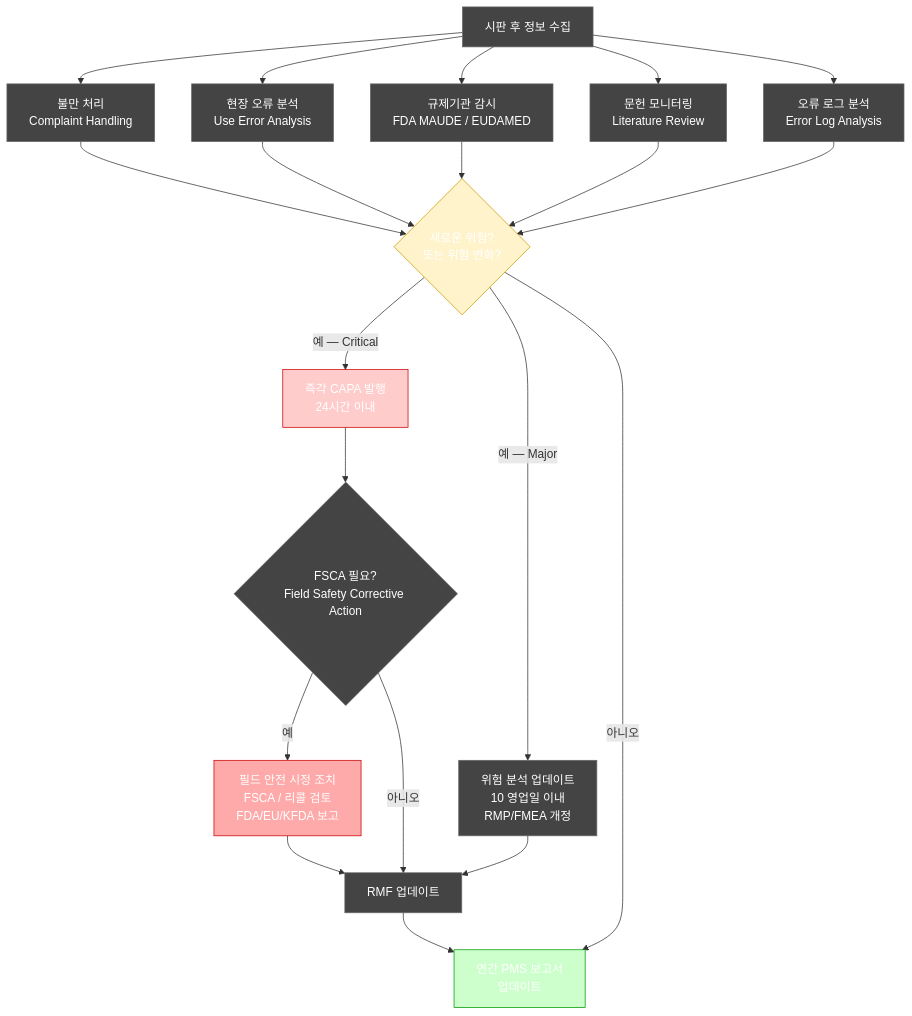
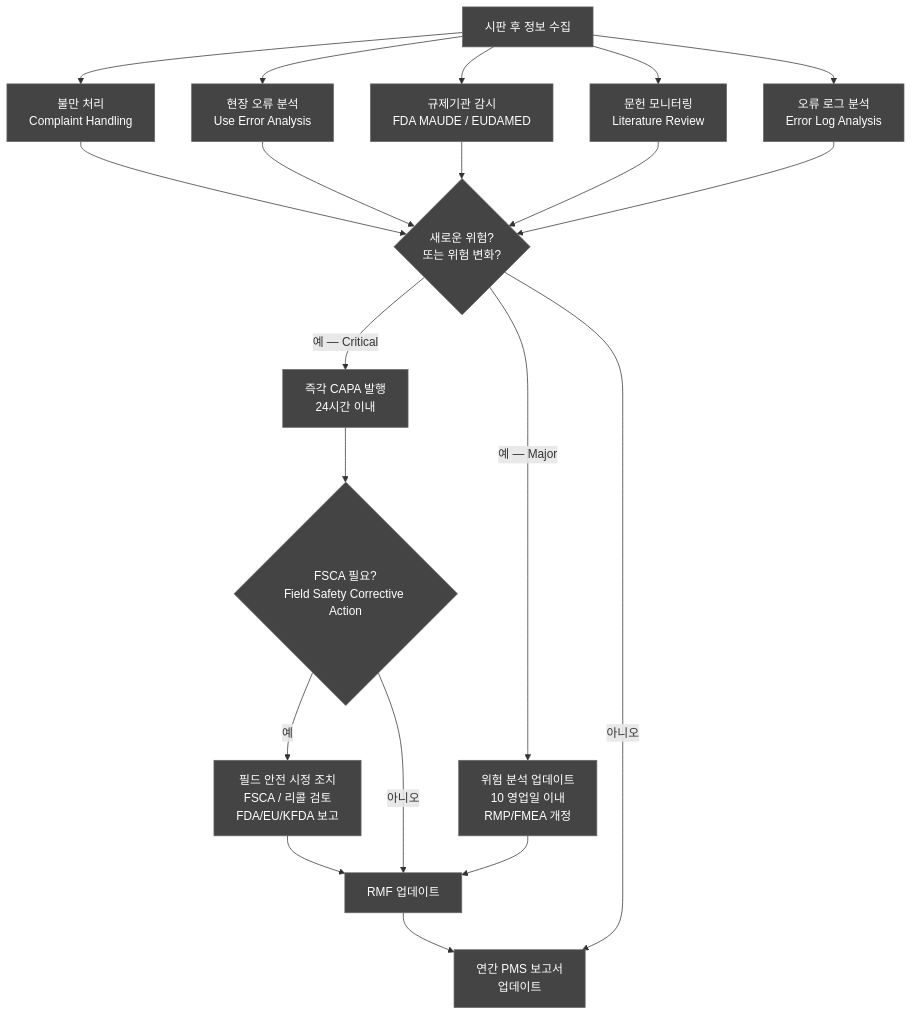
One commit to holee9/console-gui changed the eighth of 9 diagrams in docs/risk/DOC-010_RMR_v1.0.md. Above: the diagram before and after it, drawn with Mermaid. The commit also changed other lines of this file and 35 other files, not shown here.

First line of the commit message:
fix: 전체 Mermaid 차트 색상 진한 회색 통일

````diff
--- a/docs/risk/DOC-010_RMR_v1.0.md
+++ b/docs/risk/DOC-010_RMR_v1.0.md
@@ -519,32 +519,32 @@
 ```mermaid
 flowchart TD
     classDef default fill:#444,stroke:#666,color:#fff
     A[시판 후 정보 수집] --> B[불만 처리\nComplaint Handling]
     A --> C[현장 오류 분석\nUse Error Analysis]
     A --> D[규제기관 감시\nFDA MAUDE / EUDAMED]
     A --> E[문헌 모니터링\nLiterature Review]
     A --> F[오류 로그 분석\nError Log Analysis]
 
     B --> G{새로운 위험?\n또는 위험 변화?}
     C --> G
     D --> G
     E --> G
     F --> G
 
     G -->|예 — Critical| H[즉각 CAPA 발행\n24시간 이내]
     G -->|예 — Major| I[위험 분석 업데이트\n10 영업일 이내\nRMP/FMEA 개정]
     G -->|아니오| J[연간 PMS 보고서\n업데이트]
 
     H --> K{FSCA 필요?\nField Safety Corrective Action}
     K -->|예| L[필드 안전 시정 조치\nFSCA / 리콜 검토\nFDA/EU/KFDA 보고]
     K -->|아니오| M[RMF 업데이트]
 
     I --> M
     L --> M
     M --> J
 
-    style H fill:#ffcccc,stroke:#cc0000
-    style L fill:#ffaaaa,stroke:#cc0000
-    style G fill:#fff3cc,stroke:#cc9900
-    style J fill:#ccffcc,stroke:#009900
+    style H fill:#444,stroke:#666
+    style L fill:#444,stroke:#666
+    style G fill:#444,stroke:#666
+    style J fill:#444,stroke:#666
 ```
````
